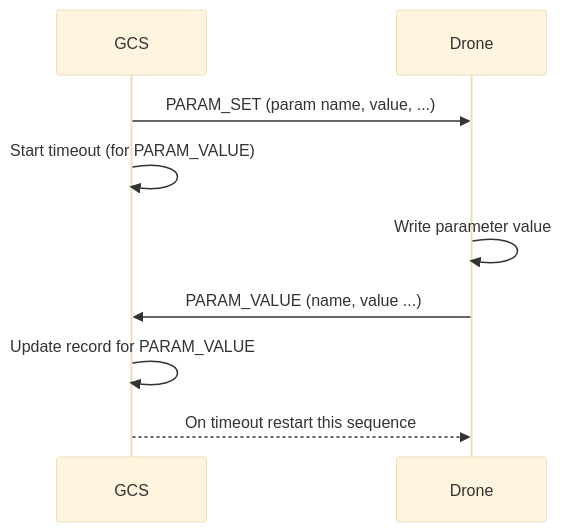
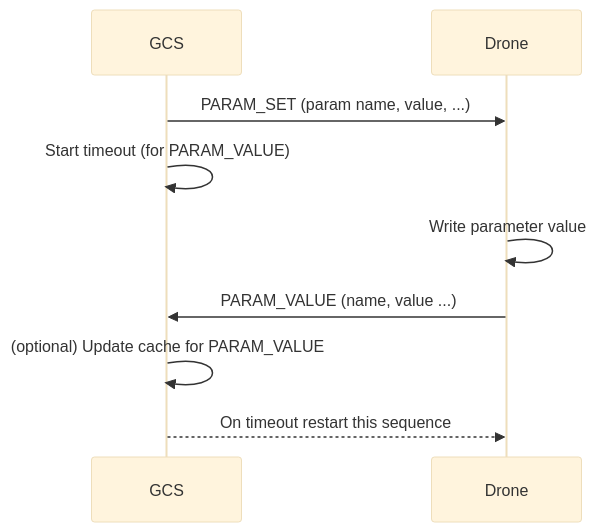
The fourth of 4 diagrams in en/services/parameter.md (mavlink/mavlink-devguide), drawn with Mermaid (base theme) before and after one commit. The commit also changed other lines of this file, not shown here.

Commit message:
Clarify that parameter cache is optional.

```diff
--- a/en/services/parameter.md
+++ b/en/services/parameter.md
@@ -186,11 +182,11 @@
 {% mermaid %}
 sequenceDiagram;
     participant GCS
     participant Drone
     GCS->>Drone: PARAM_SET (param name, value, ...)
     GCS->>GCS: Start timeout (for PARAM_VALUE)
     Drone->>Drone: Write parameter value
     Drone->>GCS: PARAM_VALUE (name, value ...)
-    GCS->>GCS: Update record for PARAM_VALUE
+    GCS->>GCS: (optional) Update cache for PARAM_VALUE
     GCS-->>Drone: On timeout restart this sequence
 {% endmermaid %}
```
